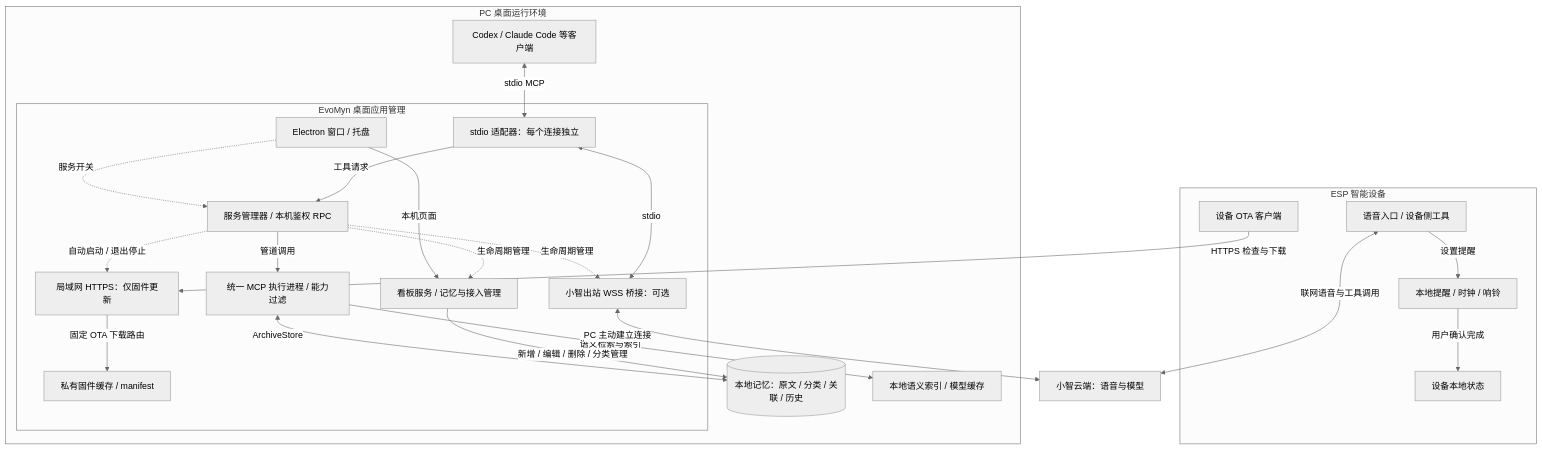
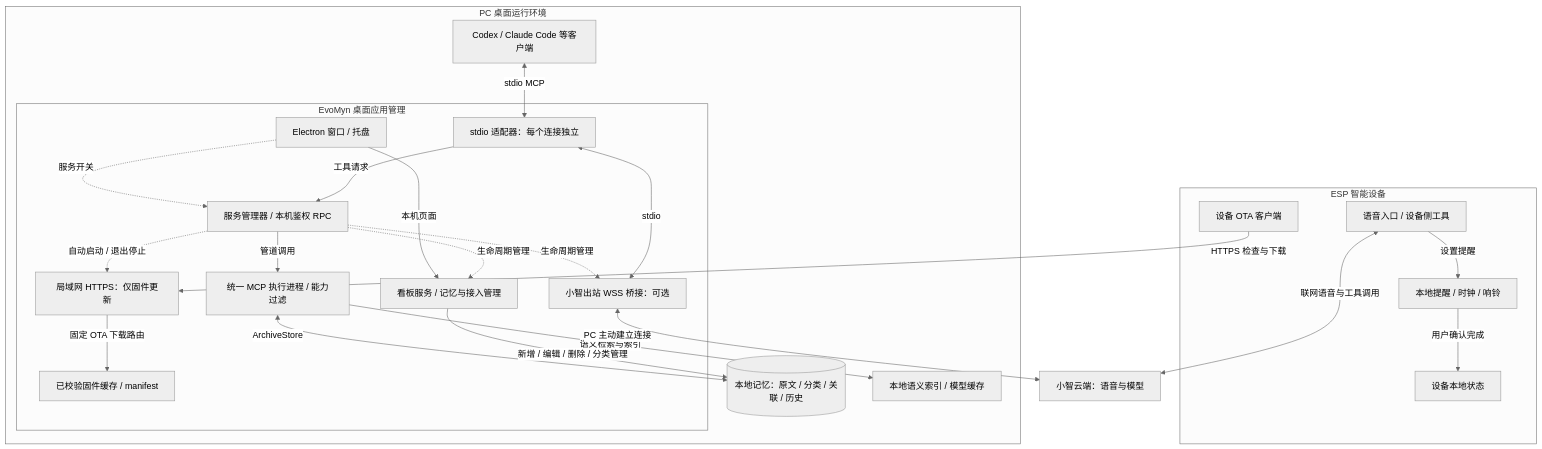
Before and after one commit to ArkFishingLab/EvoMyn: the first of 2 diagrams in docs/architecture.md, drawn with Mermaid (neutral theme). The commit also changed other lines of this file and 30 other files, not shown here.

````diff
--- a/docs/architecture.md
+++ b/docs/architecture.md
@@ -7,42 +7,42 @@
 ```mermaid
 flowchart TB
     Cloud["小智云端：语音与模型"]
     subgraph ESP["ESP 智能设备"]
         Voice["语音入口 / 设备侧工具"]
         Planner["本地提醒 / 时钟 / 响铃"]
         OTA["设备 OTA 客户端"]
         Voice -->|设置提醒| Planner
         Planner -->|用户确认完成| LocalState["设备本地状态"]
     end
     subgraph PC["PC 桌面运行环境"]
         Clients["Codex / Claude Code 等客户端"]
         subgraph App["EvoMyn 桌面应用管理"]
             UI["Electron 窗口 / 托盘"]
             Supervisor["服务管理器 / 本机鉴权 RPC"]
             Adapter["stdio 适配器：每个连接独立"]
             Bridge["小智出站 WSS 桥接：可选"]
             Worker["统一 MCP 执行进程 / 能力过滤"]
             Dashboard["看板服务 / 记忆与接入管理"]
             Gateway["局域网 HTTPS：仅固件更新"]
-            Firmware["私有固件缓存 / manifest"]
+            Firmware["已校验固件缓存 / manifest"]
             Supervisor -.->|自动启动 / 退出停止| Gateway
             Gateway -->|固定 OTA 下载路由| Firmware
             UI -.->|服务开关| Supervisor
             UI -->|本机页面| Dashboard
             Adapter -->|工具请求| Supervisor
             Supervisor -->|管道调用| Worker
             Supervisor -.->|生命周期管理| Dashboard
             Supervisor -.->|生命周期管理| Bridge
             Bridge <-->|stdio| Adapter
         end
         Store[("本地记忆：原文 / 分类 / 关联 / 历史")]
         Index["本地语义索引 / 模型缓存"]
         Clients <-->|stdio MCP| Adapter
         Worker <-->|ArchiveStore| Store
         Worker -->|语义检索与索引| Index
         Dashboard -->|新增 / 编辑 / 删除 / 分类管理| Store
     end
     Voice <-->|联网语音与工具调用| Cloud
     Bridge <-->|PC 主动建立连接| Cloud
     OTA -->|HTTPS 检查与下载| Gateway
 ```
````
